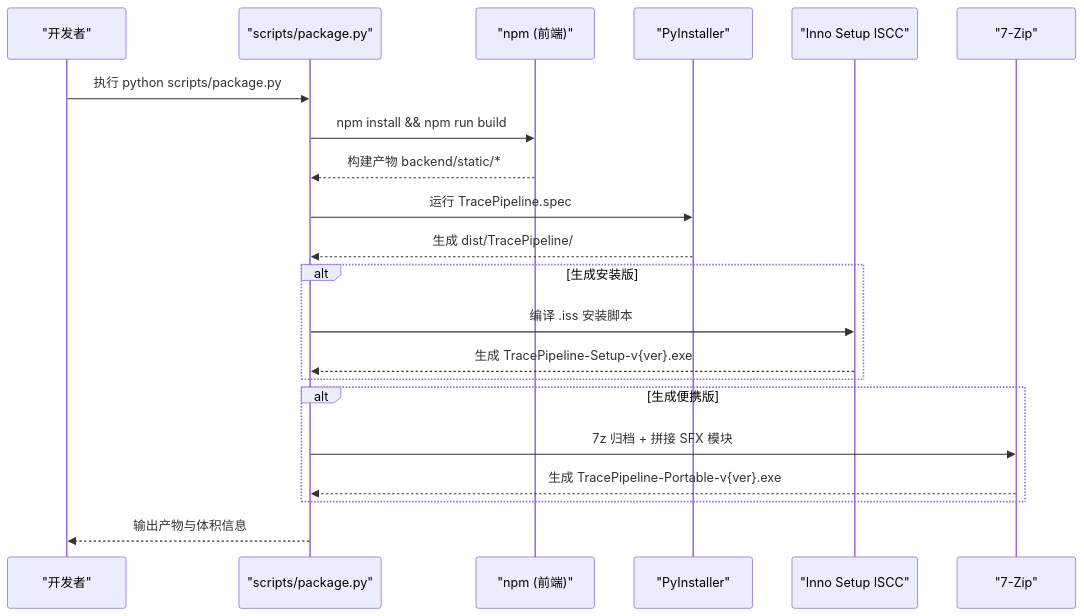
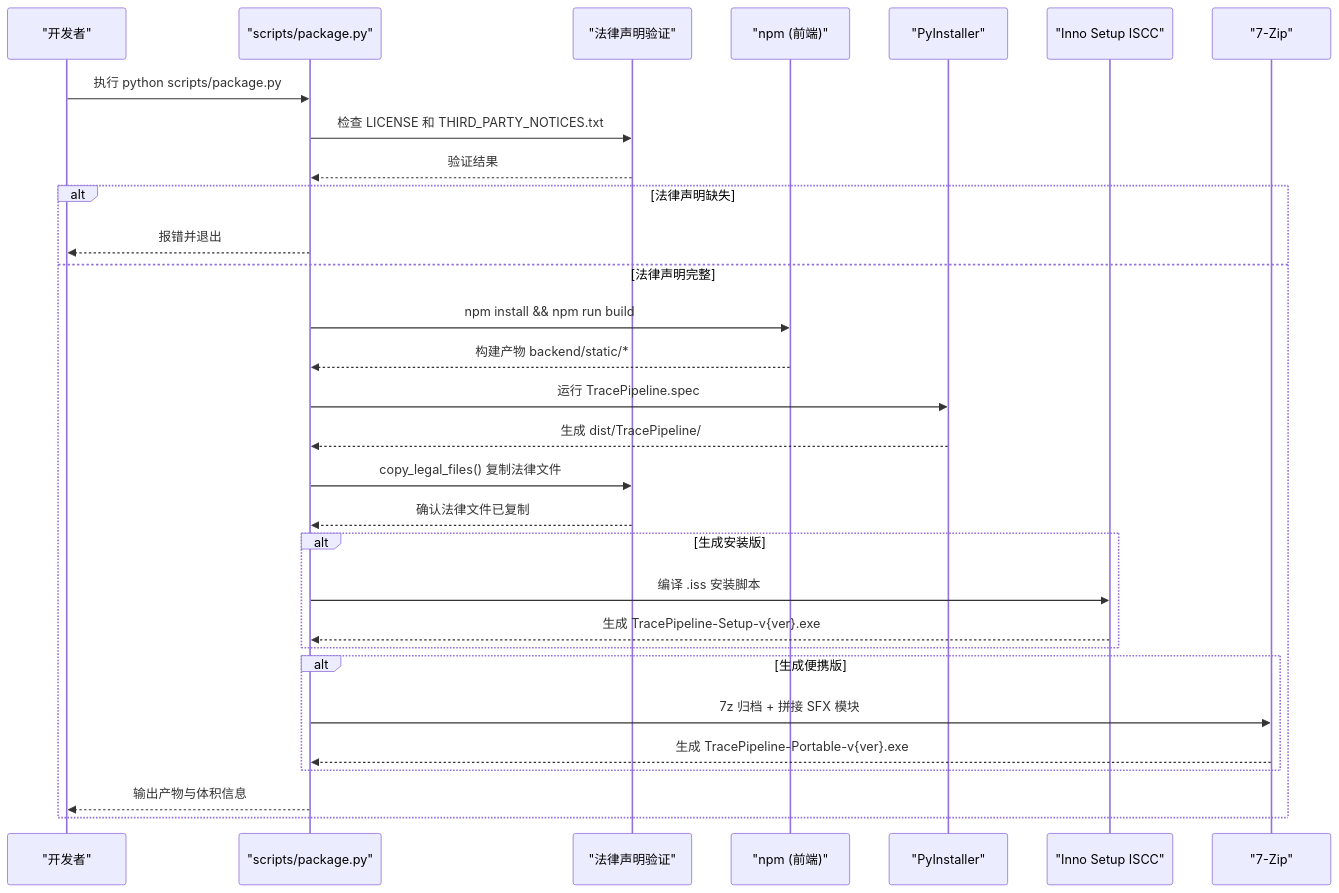
Before and after one commit to zylyes/TracePipeline: the second of 10 diagrams in .qoder/repowiki/zh/content/高级主题/打包分发.md, drawn with Mermaid. The commit also changed other lines of this file and 20 other files, not shown here.

````diff
--- a/.qoder/repowiki/zh/content/高级主题/打包分发.md
+++ b/.qoder/repowiki/zh/content/高级主题/打包分发.md
@@ -108,23 +129,32 @@
 ```mermaid
 sequenceDiagram
 participant Dev as "开发者"
 participant Pkg as "scripts/package.py"
+participant Legal as "法律声明验证"
 participant NPM as "npm (前端)"
 participant PI as "PyInstaller"
 participant ISS as "Inno Setup ISCC"
 participant SZ as "7-Zip"
 Dev->>Pkg : 执行 python scripts/package.py
+Pkg->>Legal : 检查 LICENSE 和 THIRD_PARTY_NOTICES.txt
+Legal-->>Pkg : 验证结果
+alt 法律声明缺失
+Pkg-->>Dev : 报错并退出
+else 法律声明完整
 Pkg->>NPM : npm install && npm run build
 NPM-->>Pkg : 构建产物 backend/static/*
 Pkg->>PI : 运行 TracePipeline.spec
 PI-->>Pkg : 生成 dist/TracePipeline/
+Pkg->>Legal : copy_legal_files() 复制法律文件
+Legal-->>Pkg : 确认法律文件已复制
 alt 生成安装版
 Pkg->>ISS : 编译 .iss 安装脚本
 ISS-->>Pkg : 生成 TracePipeline-Setup-v{ver}.exe
 end
 alt 生成便携版
 Pkg->>SZ : 7z 归档 + 拼接 SFX 模块
 SZ-->>Pkg : 生成 TracePipeline-Portable-v{ver}.exe
 end
 Pkg-->>Dev : 输出产物与体积信息
+end
 ```
````
